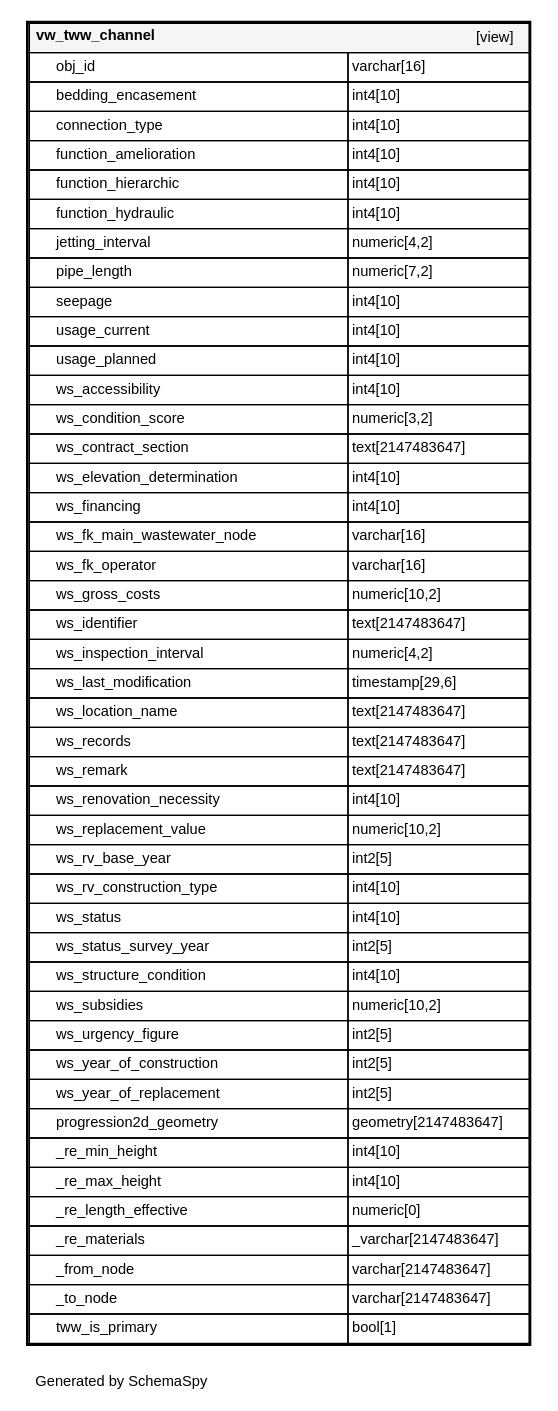
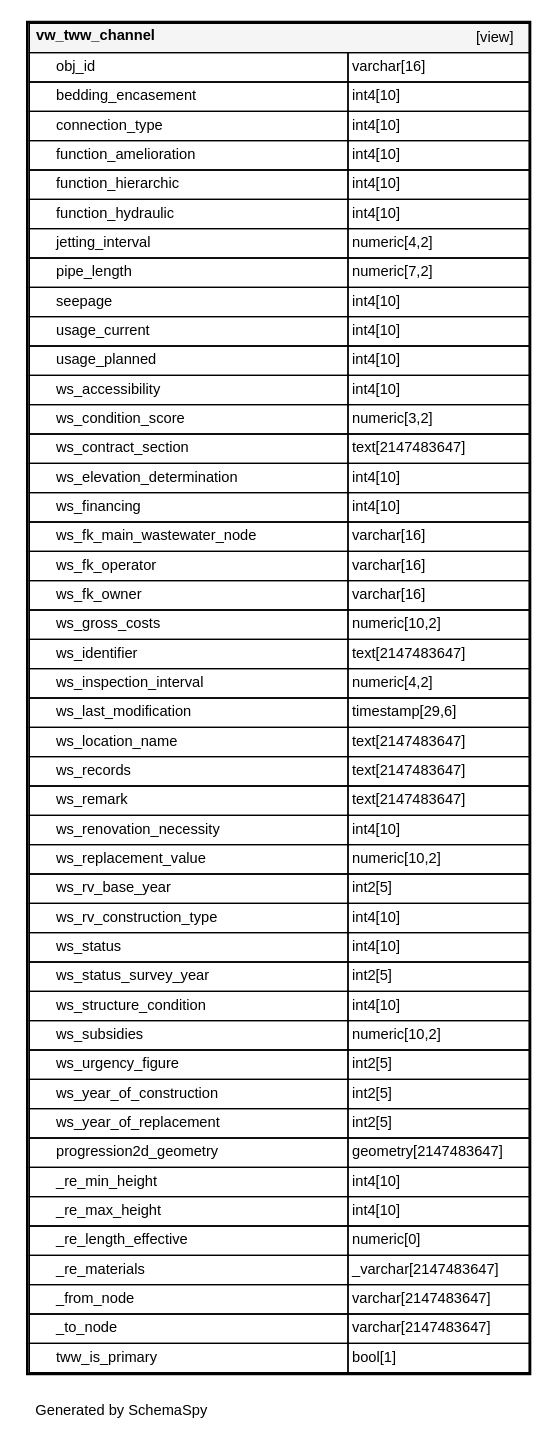
One commit to teksi/wastewater changed the diagram in de/_static/datamodel/tww_app/diagrams/tables/vw_tww_channel.1degree.dot. Above: the diagram before and after it, drawn with Graphviz. The commit also changed 69 other files, not shown here.

```diff
--- a/de/_static/datamodel/tww_app/diagrams/tables/vw_tww_channel.1degree.dot
+++ b/de/_static/datamodel/tww_app/diagrams/tables/vw_tww_channel.1degree.dot
@@ -22,6 +22,7 @@
       <TR><TD PORT="ws_financing" COLSPAN="2" ALIGN="LEFT"><TABLE BORDER="0" CELLSPACING="0" ALIGN="LEFT"><TR ALIGN="LEFT"><TD ALIGN="LEFT" FIXEDSIZE="TRUE" WIDTH="15" HEIGHT="16"></TD><TD ALIGN="LEFT" FIXEDSIZE="TRUE" WIDTH="218" HEIGHT="16">ws_financing</TD></TR></TABLE></TD><TD PORT="ws_financing.type" ALIGN="LEFT">int4[10]</TD></TR>
       <TR><TD PORT="ws_fk_main_wastewater_node" COLSPAN="2" ALIGN="LEFT"><TABLE BORDER="0" CELLSPACING="0" ALIGN="LEFT"><TR ALIGN="LEFT"><TD ALIGN="LEFT" FIXEDSIZE="TRUE" WIDTH="15" HEIGHT="16"></TD><TD ALIGN="LEFT" FIXEDSIZE="TRUE" WIDTH="218" HEIGHT="16">ws_fk_main_wastewater_node</TD></TR></TABLE></TD><TD PORT="ws_fk_main_wastewater_node.type" ALIGN="LEFT">varchar[16]</TD></TR>
       <TR><TD PORT="ws_fk_operator" COLSPAN="2" ALIGN="LEFT"><TABLE BORDER="0" CELLSPACING="0" ALIGN="LEFT"><TR ALIGN="LEFT"><TD ALIGN="LEFT" FIXEDSIZE="TRUE" WIDTH="15" HEIGHT="16"></TD><TD ALIGN="LEFT" FIXEDSIZE="TRUE" WIDTH="218" HEIGHT="16">ws_fk_operator</TD></TR></TABLE></TD><TD PORT="ws_fk_operator.type" ALIGN="LEFT">varchar[16]</TD></TR>
+      <TR><TD PORT="ws_fk_owner" COLSPAN="2" ALIGN="LEFT"><TABLE BORDER="0" CELLSPACING="0" ALIGN="LEFT"><TR ALIGN="LEFT"><TD ALIGN="LEFT" FIXEDSIZE="TRUE" WIDTH="15" HEIGHT="16"></TD><TD ALIGN="LEFT" FIXEDSIZE="TRUE" WIDTH="218" HEIGHT="16">ws_fk_owner</TD></TR></TABLE></TD><TD PORT="ws_fk_owner.type" ALIGN="LEFT">varchar[16]</TD></TR>
       <TR><TD PORT="ws_gross_costs" COLSPAN="2" ALIGN="LEFT"><TABLE BORDER="0" CELLSPACING="0" ALIGN="LEFT"><TR ALIGN="LEFT"><TD ALIGN="LEFT" FIXEDSIZE="TRUE" WIDTH="15" HEIGHT="16"></TD><TD ALIGN="LEFT" FIXEDSIZE="TRUE" WIDTH="218" HEIGHT="16">ws_gross_costs</TD></TR></TABLE></TD><TD PORT="ws_gross_costs.type" ALIGN="LEFT">numeric[10,2]</TD></TR>
       <TR><TD PORT="ws_identifier" COLSPAN="2" ALIGN="LEFT"><TABLE BORDER="0" CELLSPACING="0" ALIGN="LEFT"><TR ALIGN="LEFT"><TD ALIGN="LEFT" FIXEDSIZE="TRUE" WIDTH="15" HEIGHT="16"></TD><TD ALIGN="LEFT" FIXEDSIZE="TRUE" WIDTH="218" HEIGHT="16">ws_identifier</TD></TR></TABLE></TD><TD PORT="ws_identifier.type" ALIGN="LEFT">text[2147483647]</TD></TR>
       <TR><TD PORT="ws_inspection_interval" COLSPAN="2" ALIGN="LEFT"><TABLE BORDER="0" CELLSPACING="0" ALIGN="LEFT"><TR ALIGN="LEFT"><TD ALIGN="LEFT" FIXEDSIZE="TRUE" WIDTH="15" HEIGHT="16"></TD><TD ALIGN="LEFT" FIXEDSIZE="TRUE" WIDTH="218" HEIGHT="16">ws_inspection_interval</TD></TR></TABLE></TD><TD PORT="ws_inspection_interval.type" ALIGN="LEFT">numeric[4,2]</TD></TR>
```
